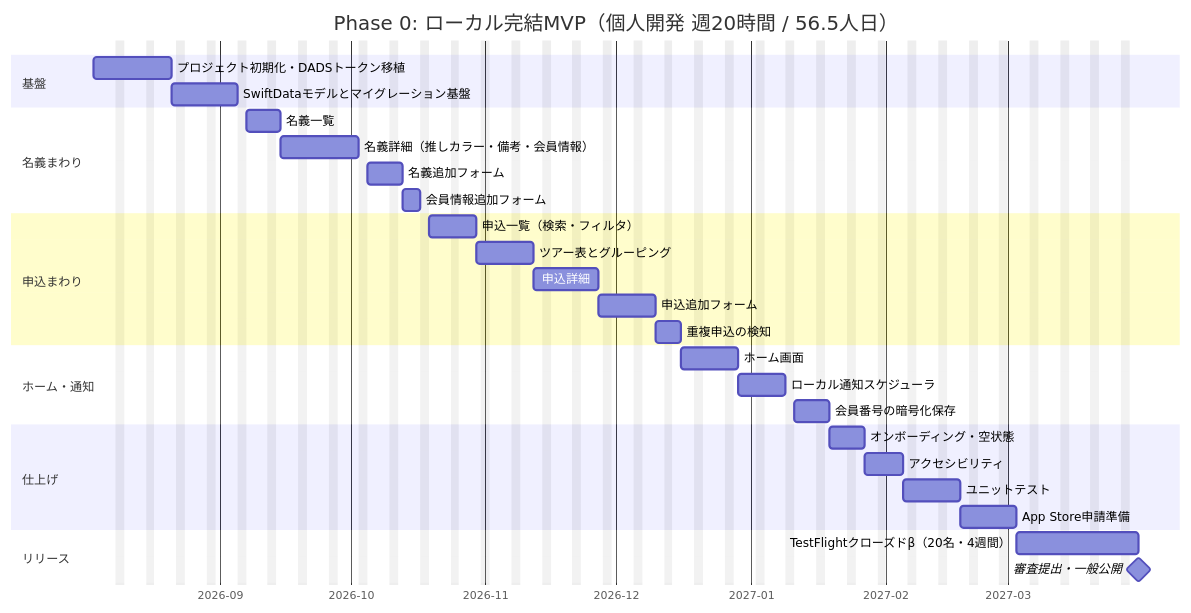
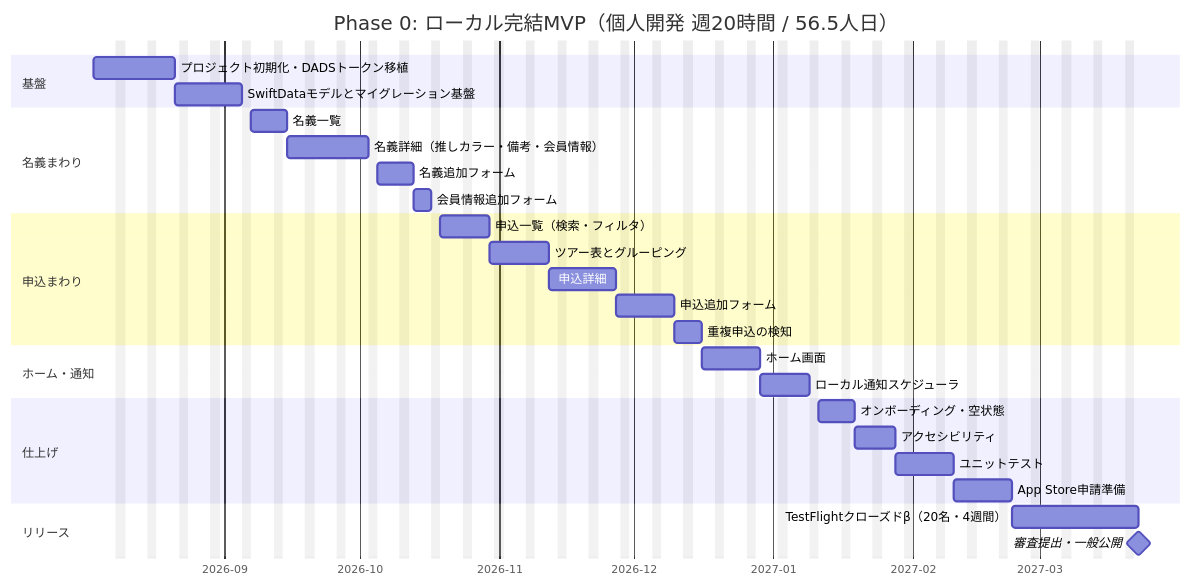
The first of 4 diagrams in docs/09-roadmap.md (yumori59/otakuApp), drawn with Mermaid before and after one commit. The commit also changed other lines of this file and 45 other files, not shown here.

````diff
--- a/docs/09-roadmap.md
+++ b/docs/09-roadmap.md
@@ -192,39 +192,38 @@
 ```mermaid
 gantt
     title Phase 0: ローカル完結MVP（個人開発 週20時間 / 56.5人日）
     dateFormat YYYY-MM-DD
     axisFormat %Y-%m
     excludes weekends
 
     section 基盤
     プロジェクト初期化・DADSトークン移植   :p01, 2026-08-03, 14d
     SwiftDataモデルとマイグレーション基盤  :p02, after p01, 11d
 
     section 名義まわり
     名義一覧                            :p04, after p02, 6d
     名義詳細（推しカラー・備考・会員情報） :p05, after p04, 14d
     名義追加フォーム                     :p06, after p05, 6d
     会員情報追加フォーム                  :p07, after p06, 4d
 
     section 申込まわり
     申込一覧（検索・フィルタ）            :p08, after p07, 9d
     ツアー表とグルーピング                :p09, after p08, 9d
     申込詳細                            :p10, after p09, 11d
     申込追加フォーム                     :p11, after p10, 9d
     重複申込の検知                       :p14, after p11, 4d
 
     section ホーム・通知
     ホーム画面                          :p03, after p14, 9d
     ローカル通知スケジューラ              :p12, after p03, 9d
-    会員番号の暗号化保存                  :p13, after p12, 6d
 
     section 仕上げ
-    オンボーディング・空状態              :p15, after p13, 6d
+    オンボーディング・空状態              :p15, after p12, 6d
     アクセシビリティ                     :p16, after p15, 7d
     ユニットテスト                       :p17, after p16, 9d
     App Store申請準備                   :p18, after p17, 9d
 
     section リリース
     TestFlightクローズドβ（20名・4週間）  :beta, after p18, 20d
     審査提出・一般公開                    :milestone, rel0, after beta, 0d
 ```
````
